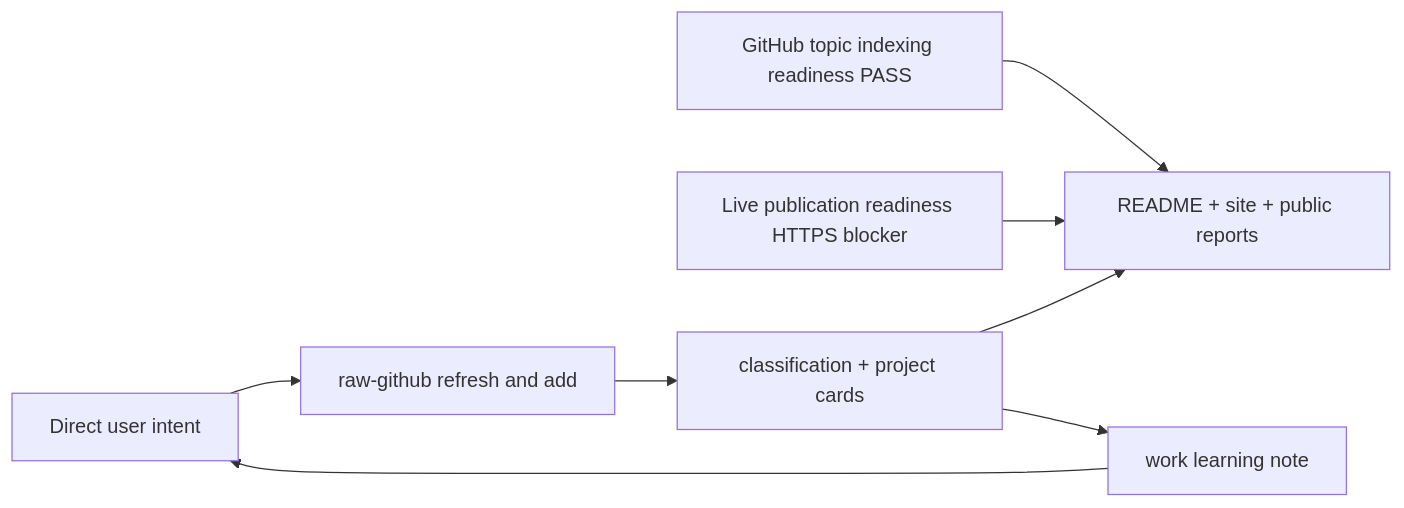
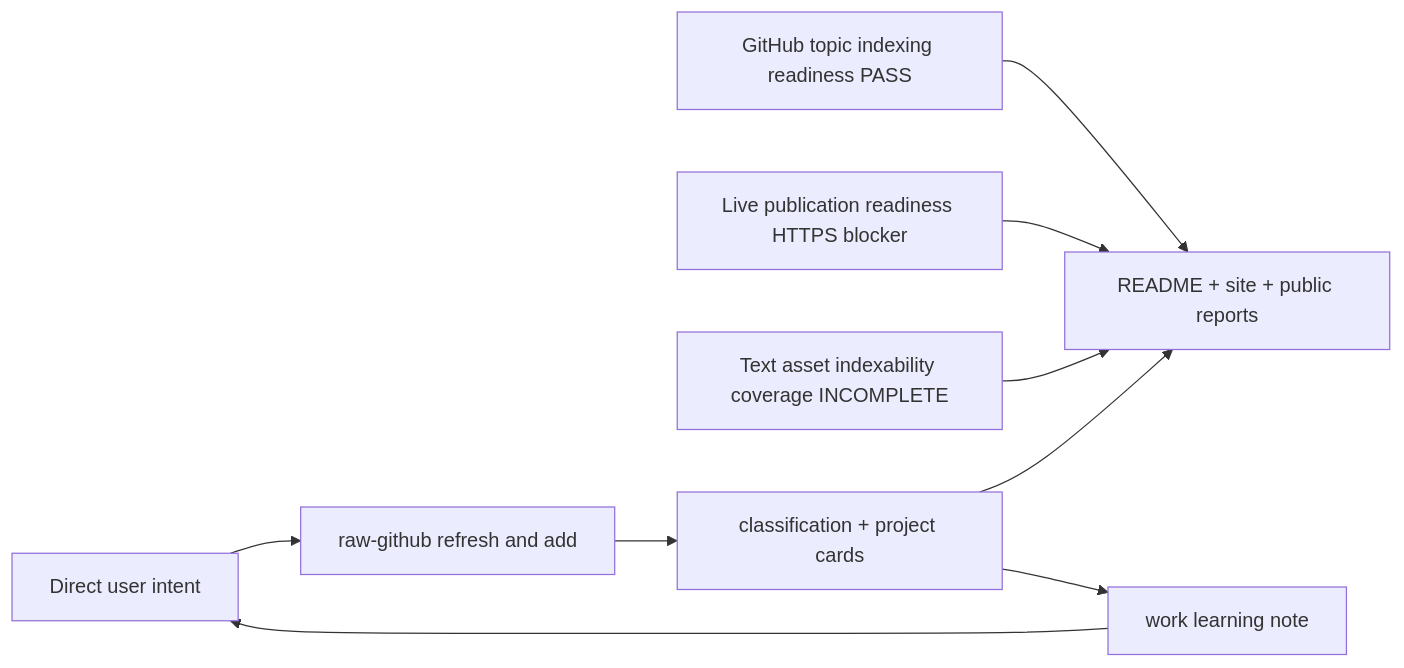
The diagram in .mermaid/current/graph.mmd (Shiyao-Huang/awesome-agent-evolution), drawn with Mermaid before and after one commit. The commit also changed 32 other files, not shown here.

Commit message:
reports: audit text asset indexability coverage

```diff
--- a/.mermaid/current/graph.mmd
+++ b/.mermaid/current/graph.mmd
@@ -1,8 +1,9 @@
 flowchart LR
   INTENT["Direct user intent"] --> RAW["raw-github refresh and add"]
   TOPIC["GitHub topic indexing readiness PASS"] --> SITE["README + site + public reports"]
   HTTPS["Live publication readiness HTTPS blocker"] --> SITE
+  TEXT["Text asset indexability coverage INCOMPLETE"] --> SITE
   RAW --> PROC["classification + project cards"]
   PROC --> SITE
   PROC --> NOTE["work learning note"]
   NOTE --> INTENT
```
